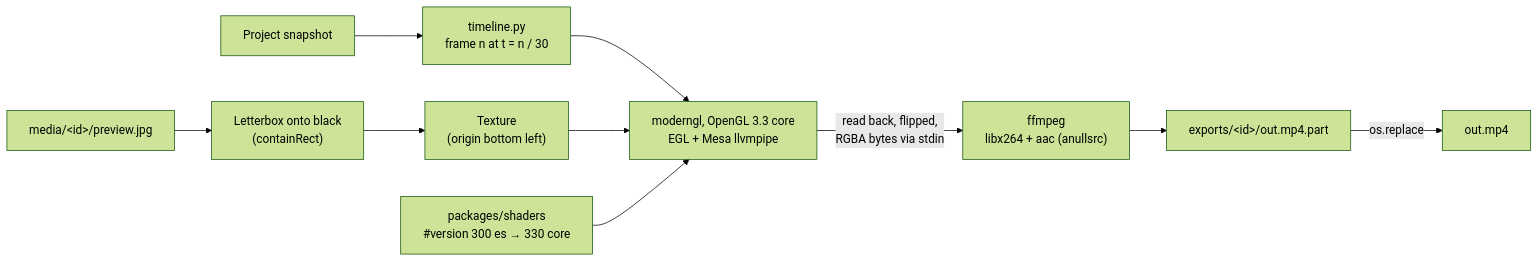
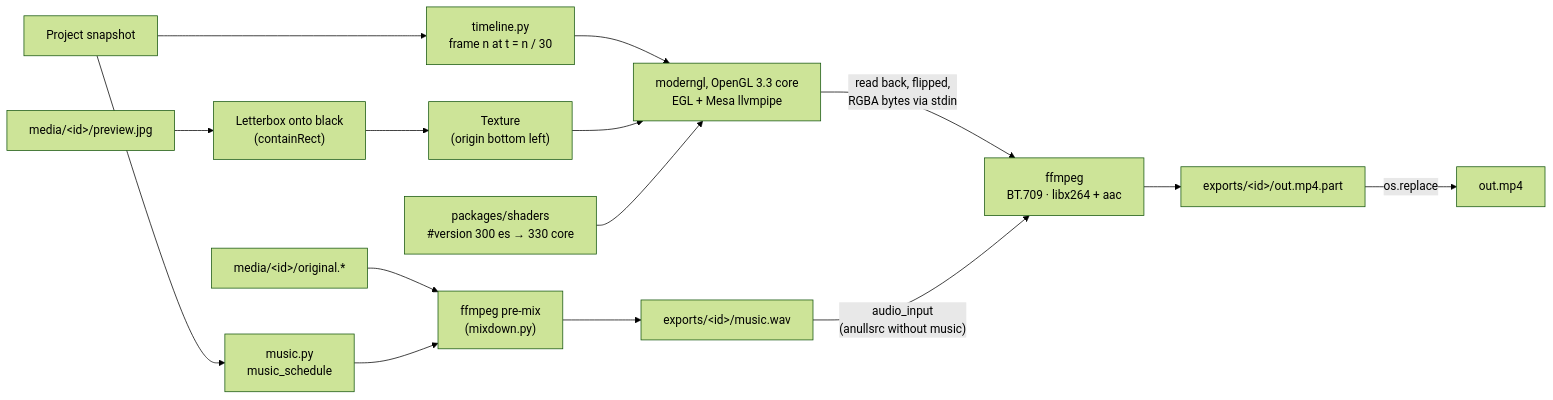
One commit to JoMe92/moviemakery2k changed the second of 3 diagrams in docs/architecture.md. Above: the diagram before and after it, drawn with Mermaid (forest theme). The commit also changed other lines of this file and 2 other files, not shown here.

First line of the commit message:
docs: document the music track [MMY-BSG]

````diff
--- a/docs/architecture.md
+++ b/docs/architecture.md
@@ -156,11 +252,15 @@
 ```mermaid
 flowchart LR
   Snap["Project snapshot"] --> TLp["timeline.py<br/>frame n at t = n / 30"]
+  Snap --> MSp["music.py<br/>music_schedule"]
+  ORIG["media/&lt;id&gt;/original.*"] --> Mixd
+  MSp --> Mixd["ffmpeg pre-mix<br/>(mixdown.py)"] --> WAV["exports/&lt;id&gt;/music.wav"]
   JPG["media/&lt;id&gt;/preview.jpg"] --> LB["Letterbox onto black<br/>(containRect)"]
   LB --> Tex["Texture<br/>(origin bottom left)"]
   TLp --> Draw
   Tex --> Draw["moderngl, OpenGL 3.3 core<br/>EGL + Mesa llvmpipe"]
   SH["packages/shaders<br/>#version 300 es → 330 core"] --> Draw
-  Draw -- "read back, flipped,<br/>RGBA bytes via stdin" --> FFm["ffmpeg<br/>libx264 + aac (anullsrc)"]
+  Draw -- "read back, flipped,<br/>RGBA bytes via stdin" --> FFm["ffmpeg<br/>BT.709 · libx264 + aac"]
+  WAV -- "audio_input<br/>(anullsrc without music)" --> FFm
   FFm --> Part["exports/&lt;id&gt;/out.mp4.part"] -- "os.replace" --> MP4["out.mp4"]
 ```
````
